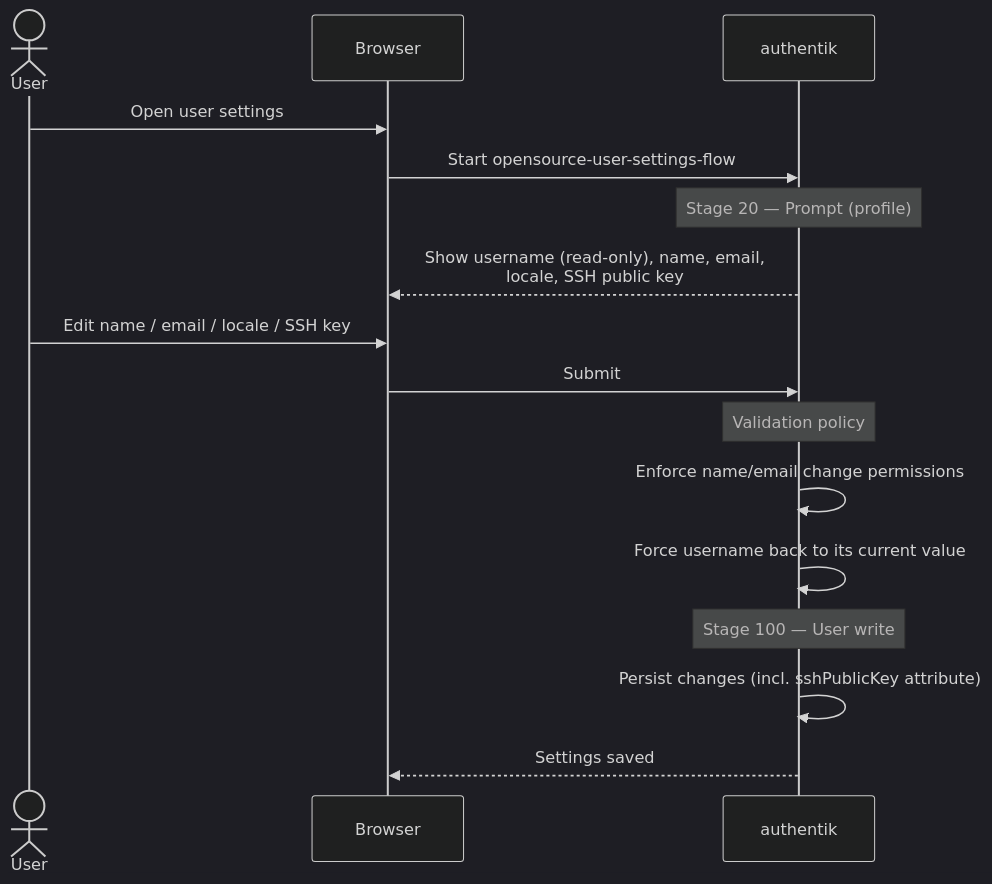
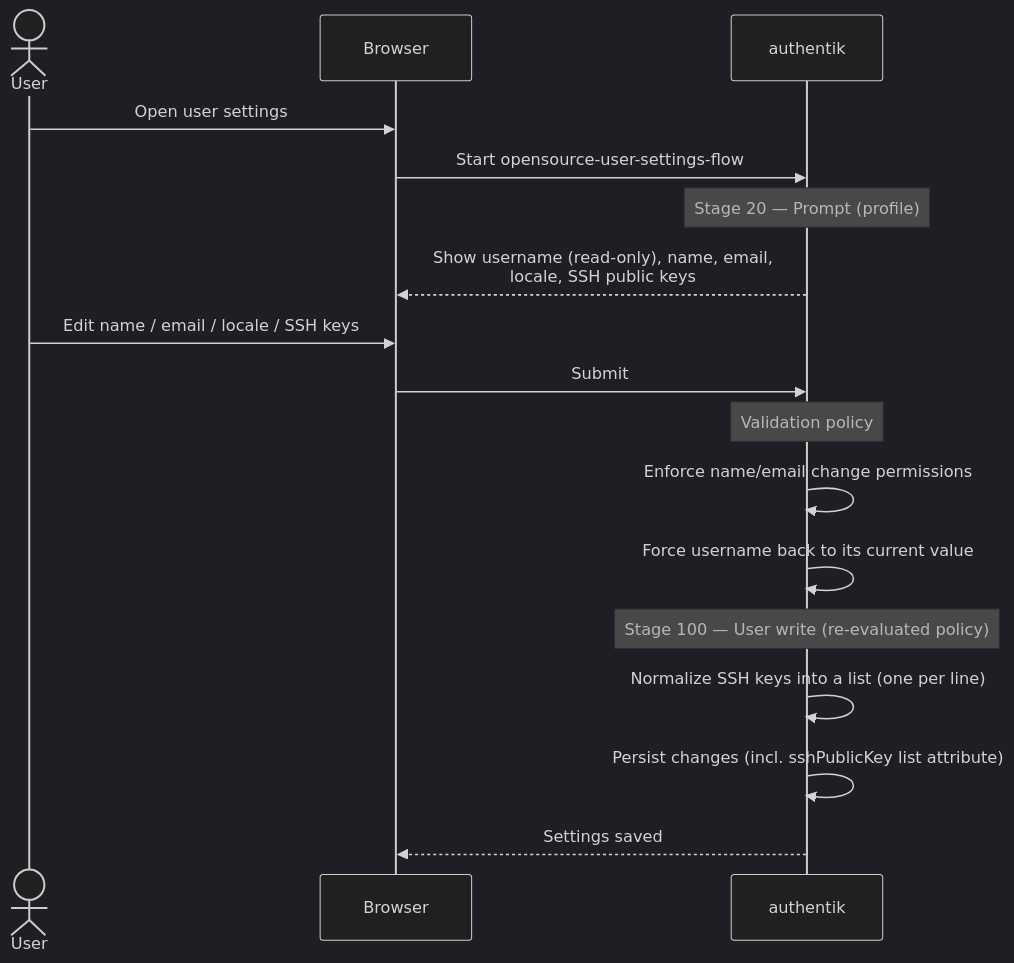
One commit to mieweb/opensource-server changed the fifth of 6 diagrams in authentik/README.md. Above: the diagram before and after it, drawn with Mermaid (dark theme). The commit also changed other lines of this file and 1 other file, not shown here.

Commit message:
fix: store sshPublicKey as list in authentik to properly expose via ldap

````diff
--- a/authentik/README.md
+++ b/authentik/README.md
@@ -257,22 +259,23 @@
 ```mermaid
 sequenceDiagram
     actor User
     participant Browser
     participant authentik
 
     User->>Browser: Open user settings
     Browser->>authentik: Start opensource-user-settings-flow
 
     Note over authentik: Stage 20 — Prompt (profile)
-    authentik-->>Browser: Show username (read-only), name, email,<br/>locale, SSH public key
-    User->>Browser: Edit name / email / locale / SSH key
+    authentik-->>Browser: Show username (read-only), name, email,<br/>locale, SSH public keys
+    User->>Browser: Edit name / email / locale / SSH keys
     Browser->>authentik: Submit
 
     Note over authentik: Validation policy
     authentik->>authentik: Enforce name/email change permissions
     authentik->>authentik: Force username back to its current value
 
-    Note over authentik: Stage 100 — User write
-    authentik->>authentik: Persist changes (incl. sshPublicKey attribute)
+    Note over authentik: Stage 100 — User write (re-evaluated policy)
+    authentik->>authentik: Normalize SSH keys into a list (one per line)
+    authentik->>authentik: Persist changes (incl. sshPublicKey list attribute)
     authentik-->>Browser: Settings saved
 ```
````
